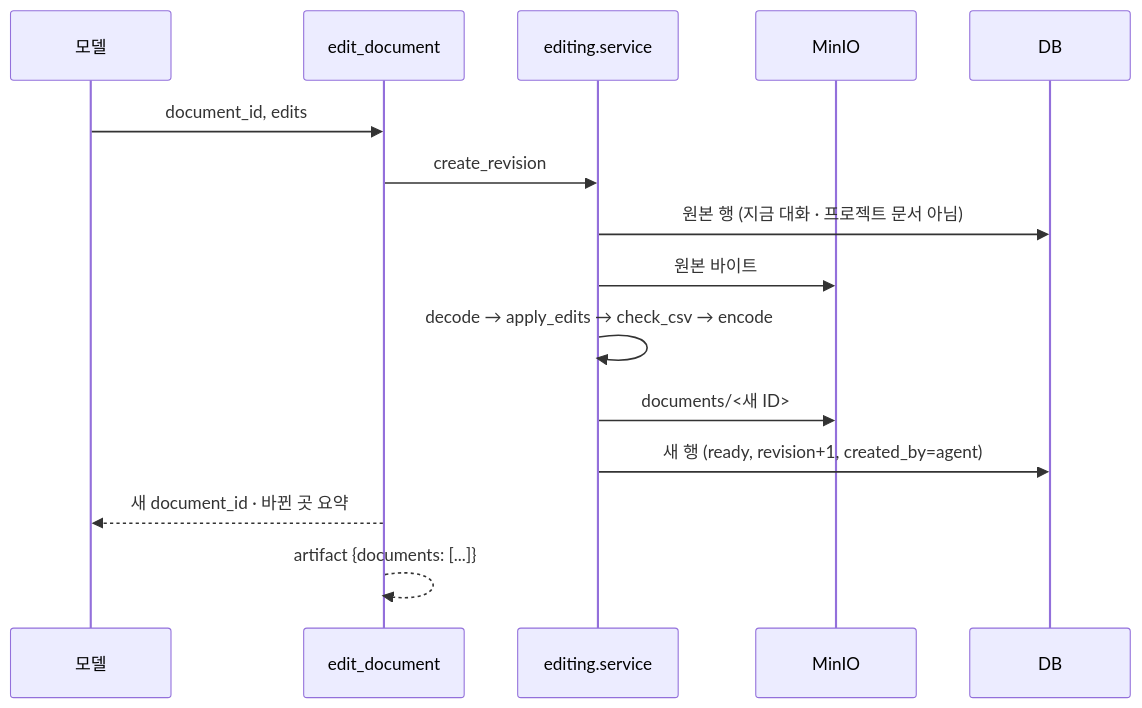
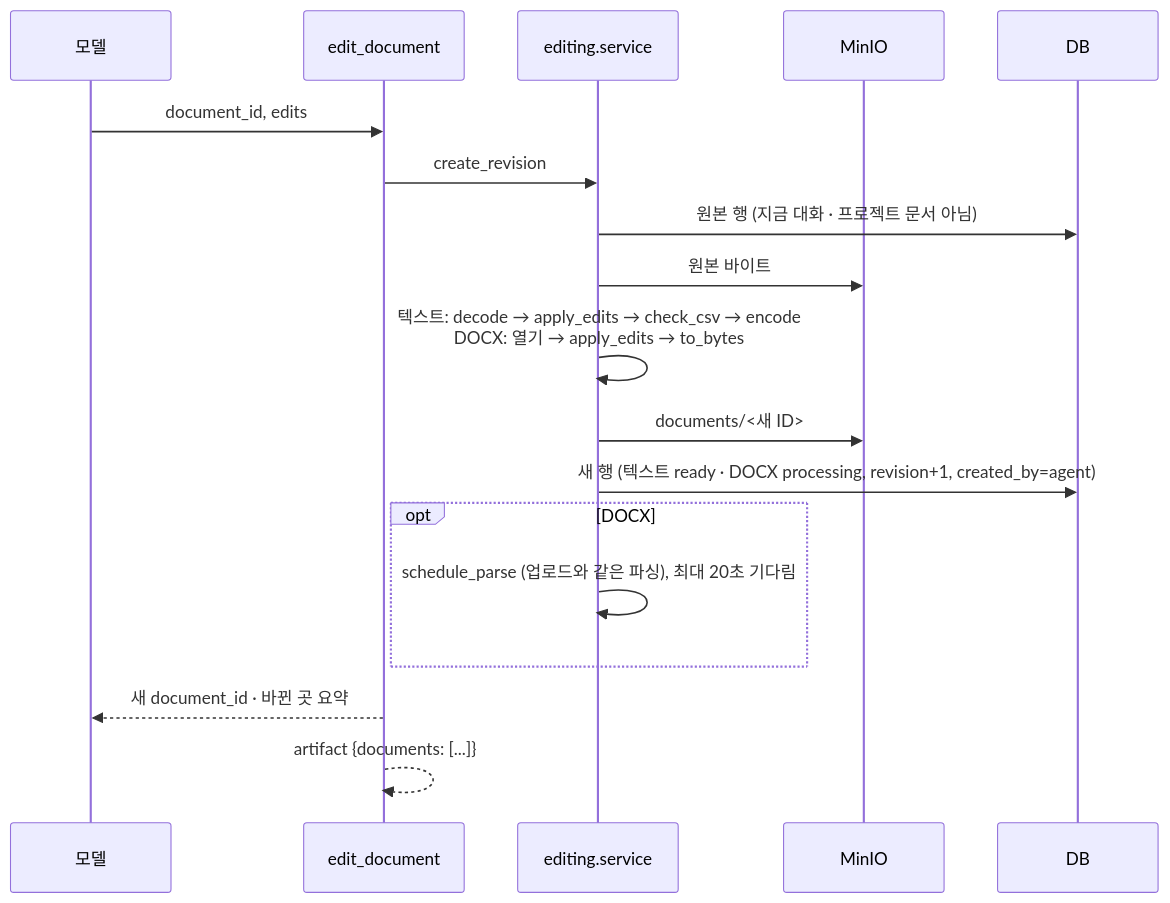
One commit to okdoittttt/apogee-deck changed the third of 3 diagrams in docs/features/document-editing.md. Above: the diagram before and after it, drawn with Mermaid. The commit also changed other lines of this file and 4 other files, not shown here.

````diff
--- a/docs/features/document-editing.md
+++ b/docs/features/document-editing.md
@@ -69,18 +75,21 @@
 ```mermaid
 sequenceDiagram
     participant M as 모델
     participant T as edit_document
     participant S as editing.service
     participant O as MinIO
     participant D as DB
 
     M->>T: document_id, edits
     T->>S: create_revision
     S->>D: 원본 행 (지금 대화 · 프로젝트 문서 아님)
     S->>O: 원본 바이트
-    S->>S: decode → apply_edits → check_csv → encode
+    S->>S: 텍스트: decode → apply_edits → check_csv → encode<br/>DOCX: 열기 → apply_edits → to_bytes
     S->>O: documents/<새 ID>
-    S->>D: 새 행 (ready, revision+1, created_by=agent)
+    S->>D: 새 행 (텍스트 ready · DOCX processing, revision+1, created_by=agent)
+    opt DOCX
+        S->>S: schedule_parse (업로드와 같은 파싱), 최대 20초 기다림
+    end
     T-->>M: 새 document_id · 바뀐 곳 요약
     T-->>T: artifact {documents: [...]}
 ```
````
